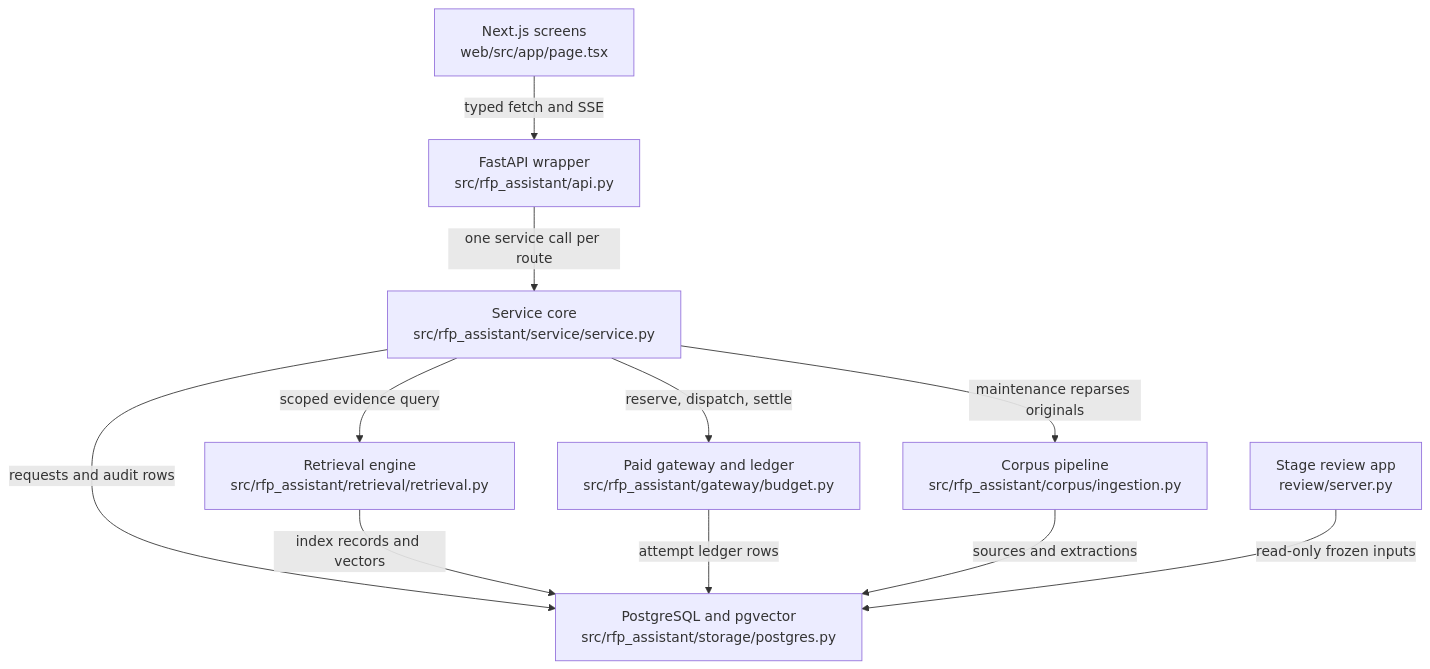
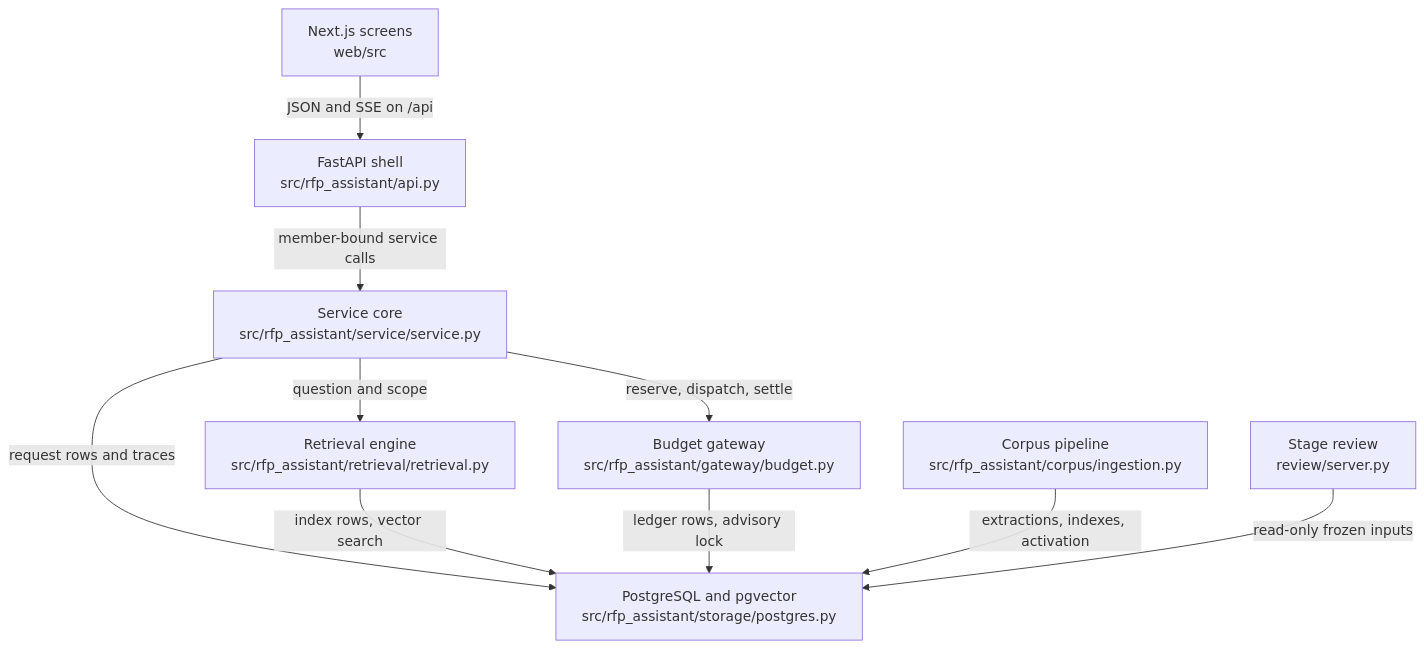
The diagram in .omm/overall-architecture/diagram.mmd (littleeeeebit/project-codeit-mid), drawn with Mermaid before and after one commit. The commit also changed 367 other files, not shown here.

```diff
--- a/.omm/overall-architecture/diagram.mmd
+++ b/.omm/overall-architecture/diagram.mmd
@@ -1,19 +1,10 @@
 graph TD
-  web-screens["Next.js screens\nweb/src/app/page.tsx"]
-  http-api["FastAPI wrapper\nsrc/rfp_assistant/api.py"]
-  service-core["Service core\nsrc/rfp_assistant/service/service.py"]
-  retrieval-engine["Retrieval engine\nsrc/rfp_assistant/retrieval/retrieval.py"]
-  paid-gateway["Paid gateway and ledger\nsrc/rfp_assistant/gateway/budget.py"]
-  postgres-store["PostgreSQL and pgvector\nsrc/rfp_assistant/storage/postgres.py"]
-  corpus-pipeline["Corpus pipeline\nsrc/rfp_assistant/corpus/ingestion.py"]
-  stage-review-app["Stage review app\nreview/server.py"]
-  web-screens -->|typed fetch and SSE| http-api
-  http-api -->|one service call per route| service-core
-  service-core -->|scoped evidence query| retrieval-engine
-  service-core -->|reserve, dispatch, settle| paid-gateway
-  service-core -->|requests and audit rows| postgres-store
-  service-core -->|maintenance reparses originals| corpus-pipeline
-  retrieval-engine -->|index records and vectors| postgres-store
-  paid-gateway -->|attempt ledger rows| postgres-store
-  corpus-pipeline -->|sources and extractions| postgres-store
-  stage-review-app -->|read-only frozen inputs| postgres-store
+  web-screens["Next.js screens\nweb/src"] -->|"JSON and SSE on /api"| api-shell["FastAPI shell\nsrc/rfp_assistant/api.py"]
+  api-shell -->|"member-bound service calls"| service-core["Service core\nsrc/rfp_assistant/service/service.py"]
+  service-core -->|"question and scope"| retrieval-engine["Retrieval engine\nsrc/rfp_assistant/retrieval/retrieval.py"]
+  service-core -->|"reserve, dispatch, settle"| paid-gateway["Budget gateway\nsrc/rfp_assistant/gateway/budget.py"]
+  service-core -->|"request rows and traces"| postgresql-store["PostgreSQL and pgvector\nsrc/rfp_assistant/storage/postgres.py"]
+  retrieval-engine -->|"index rows, vector search"| postgresql-store
+  paid-gateway -->|"ledger rows, advisory lock"| postgresql-store
+  corpus-pipeline["Corpus pipeline\nsrc/rfp_assistant/corpus/ingestion.py"] -->|"extractions, indexes, activation"| postgresql-store
+  stage-review["Stage review\nreview/server.py"] -->|"read-only frozen inputs"| postgresql-store
```
